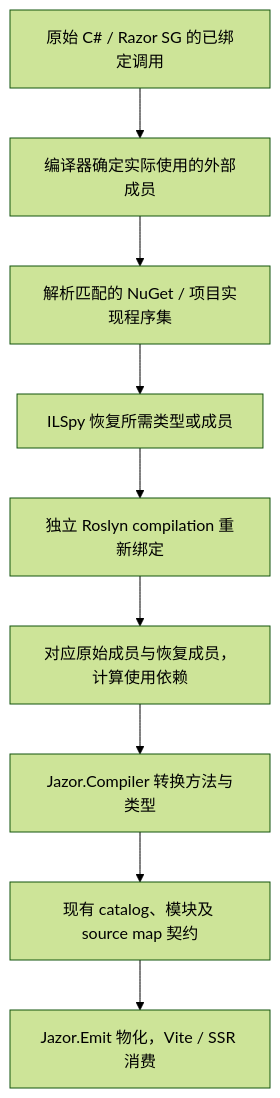
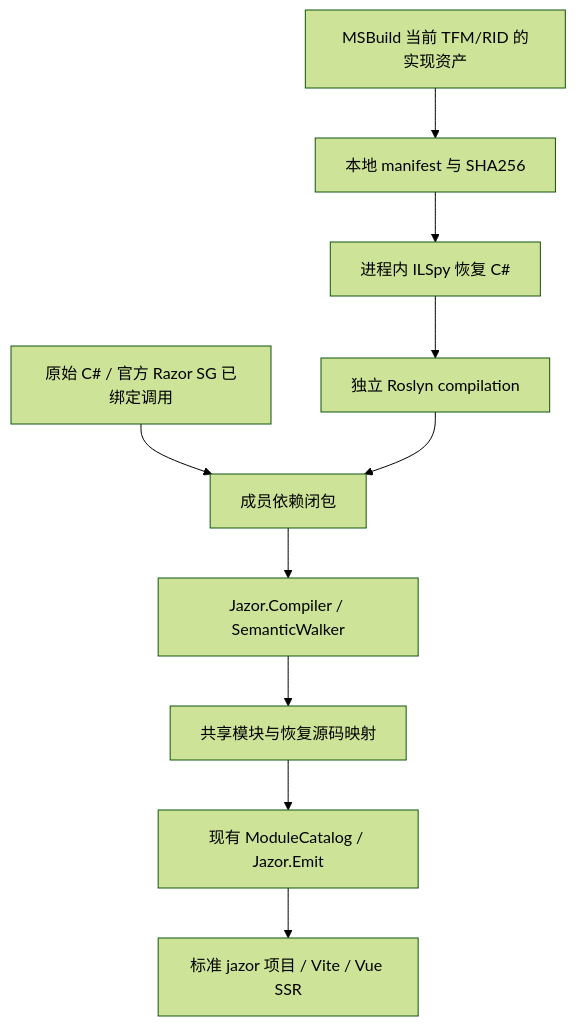
The diagram in docs/04-roadmap/ordinary-nuget-compilation-research.md (devhxj/Jazor), drawn with Mermaid (forest theme) before and after one commit. The commit also changed other lines of this file and 56 other files, not shown here.

````diff
--- a/docs/04-roadmap/ordinary-nuget-compilation-research.md
+++ b/docs/04-roadmap/ordinary-nuget-compilation-research.md
@@ -51,11 +33,12 @@
 ```mermaid
 flowchart TD
-    A[原始 C# / Razor SG 的已绑定调用] --> B[编译器确定实际使用的外部成员]
-    B --> C[解析匹配的 NuGet / 项目实现程序集]
-    C --> D[ILSpy 恢复所需类型或成员]
-    D --> E[独立 Roslyn compilation 重新绑定]
-    E --> F[对应原始成员与恢复成员，计算使用依赖]
-    F --> G[Jazor.Compiler 转换方法与类型]
-    G --> H[现有 catalog、模块及 source map 契约]
-    H --> I[Jazor.Emit 物化，Vite / SSR 消费]
+    A[MSBuild 当前 TFM/RID 的实现资产] --> B[本地 manifest 与 SHA256]
+    C[原始 C# / 官方 Razor SG 已绑定调用] --> D[成员依赖闭包]
+    B --> E[进程内 ILSpy 恢复 C#]
+    E --> F[独立 Roslyn compilation]
+    F --> D
+    D --> G[Jazor.Compiler / SemanticWalker]
+    G --> H[共享模块与恢复源码映射]
+    H --> I[现有 ModuleCatalog / Jazor.Emit]
+    I --> J[标准 jazor 项目 / Vite / Vue SSR]
 ```
````
